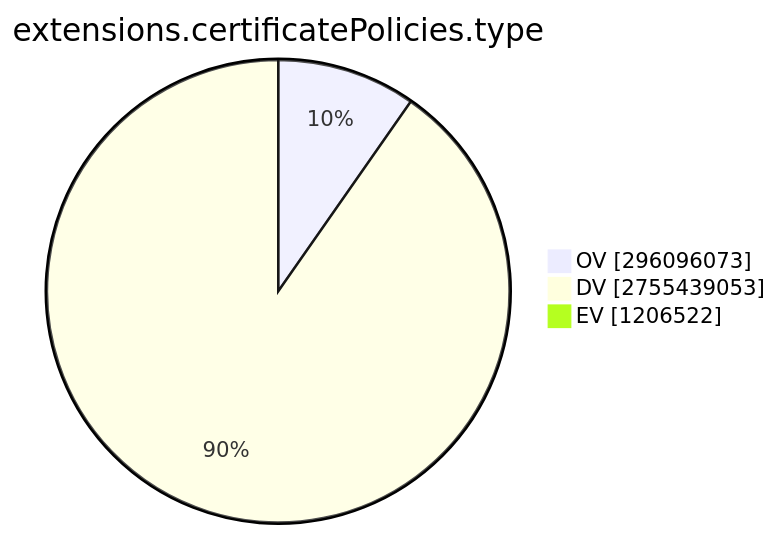
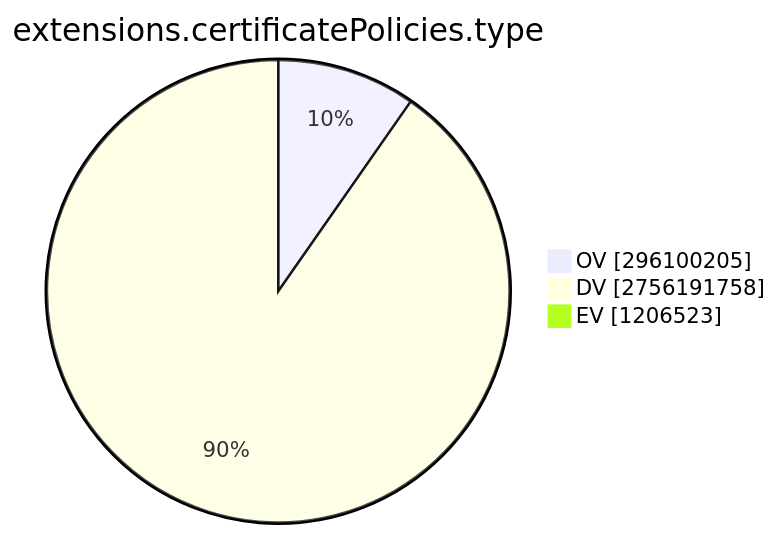
Before and after one commit to christiankrug/ctmonitor_visualization: the ninth of 15 diagrams in TOTAL/README.md, drawn with Mermaid. The commit also changed other lines of this file, not shown here.

````diff
--- a/TOTAL/README.md
+++ b/TOTAL/README.md
@@ -3099,7 +3099,7 @@
 ```mermaid
 pie showData
 title extensions.certificatePolicies.type
-"OV" :296096073
-"DV" :2755439053
-"EV" :1206522
+"OV" :296100205
+"DV" :2756191758
+"EV" :1206523
 ```
````
